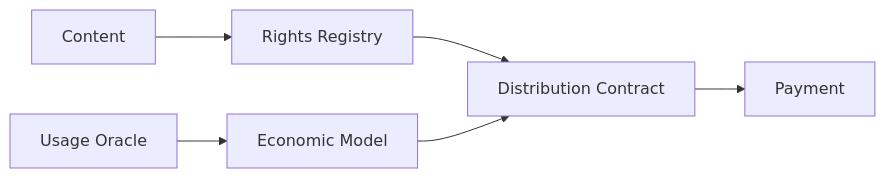
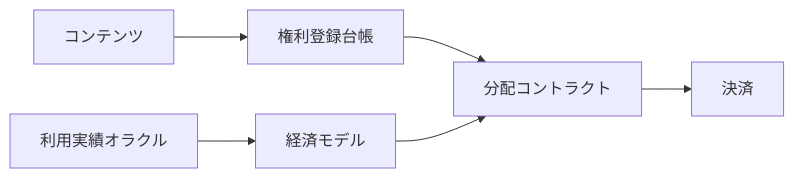
One commit to ShigeichiroYamasaki/creator-first-platform changed the fifth of 5 diagrams in docs/adr/ADR-0003-rights-registry.md. Above: the diagram before and after it, drawn with Mermaid. The commit also changed other lines of this file and 72 other files, not shown here.

````diff
--- a/docs/adr/ADR-0003-rights-registry.md
+++ b/docs/adr/ADR-0003-rights-registry.md
@@ -571,15 +571,15 @@
 ```mermaid
 flowchart LR
-    CONTENT[Content]
-    RIGHTS[Rights Registry]
-    USAGE[Usage Oracle]
-    ECON[Economic Model]
-    DIST[Distribution Contract]
-    PAY[Payment]
+    CONTENT[コンテンツ]
+    RIGHTS[権利登録台帳]
+    USAGE[利用実績オラクル]
+    ECON[経済モデル]
+    DIST[分配コントラクト]
+    PAY[決済]
 
     CONTENT --> RIGHTS
     RIGHTS --> DIST
     USAGE --> ECON
     ECON --> DIST
     DIST --> PAY
 ```
````
